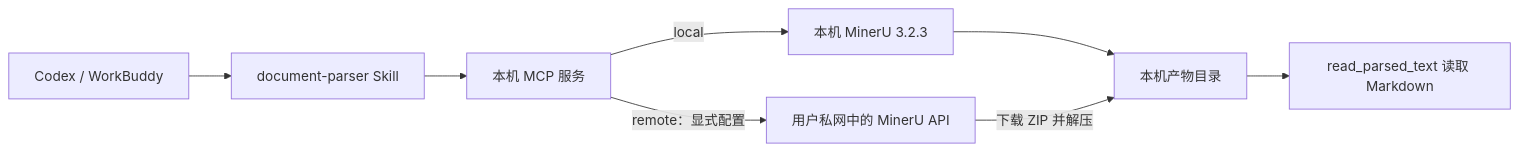
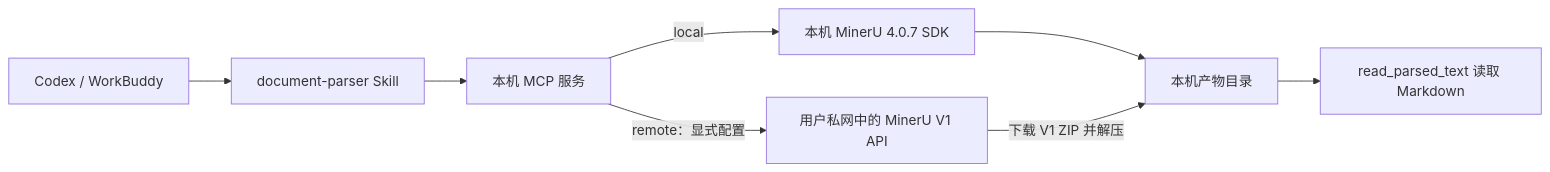
One commit to lan99988/yushu-document-parser changed the diagram in README.md. Above: the diagram before and after it, drawn with Mermaid. The commit also changed other lines of this file and 21 other files, not shown here.

````diff
--- a/README.md
+++ b/README.md
@@ -71,10 +75,10 @@
 ```mermaid
 flowchart LR
     A[Codex / WorkBuddy] --> B[document-parser Skill]
     B --> C[本机 MCP 服务]
-    C -->|local| D[本机 MinerU 3.2.3]
-    C -->|remote：显式配置| E[用户私网中的 MinerU API]
+    C -->|local| D[本机 MinerU 4.0.7 SDK]
+    C -->|remote：显式配置| E[用户私网中的 MinerU V1 API]
     D --> F[本机产物目录]
-    E -->|下载 ZIP 并解压| F
+    E -->|下载 V1 ZIP 并解压| F
     F --> G[read_parsed_text 读取 Markdown]
 ```
````
